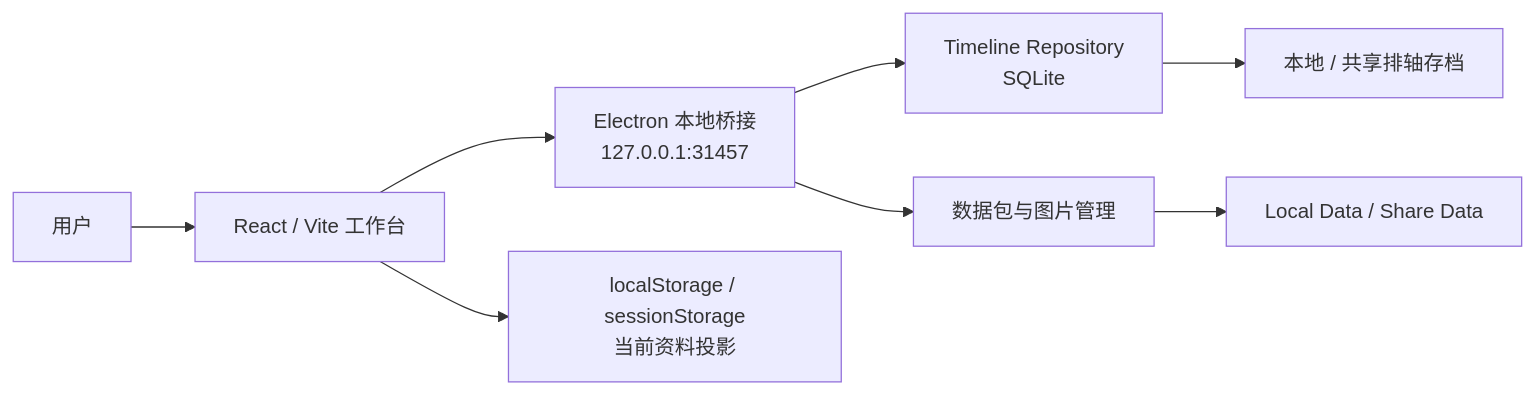
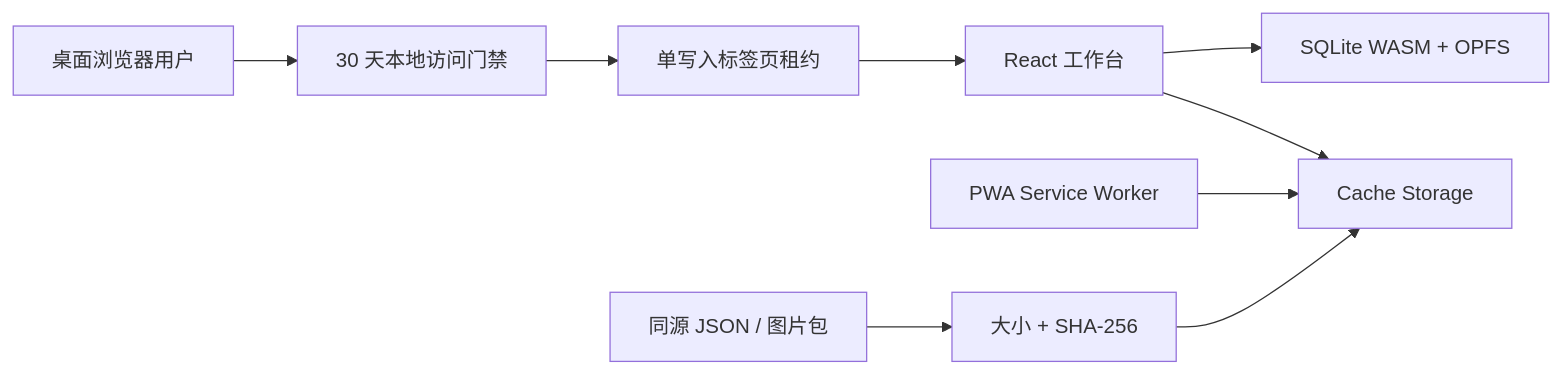
The diagram in docs/architecture/overview.md (Pandluto/dmg-end-field), drawn with Mermaid before and after one commit. The commit also changed other lines of this file and 88 other files, not shown here.

````diff
--- a/docs/architecture/overview.md
+++ b/docs/architecture/overview.md
@@ -7,10 +7,11 @@
 ```mermaid
 flowchart LR
-  User["用户"] --> UI["React / Vite 工作台"]
-  UI --> Bridge["Electron 本地桥接\n127.0.0.1:31457"]
-  Bridge --> Repo["Timeline Repository\nSQLite"]
-  Bridge --> Data["数据包与图片管理"]
-  UI --> Storage["localStorage / sessionStorage\n当前资料投影"]
-  Repo --> Archive["本地 / 共享排轴存档"]
-  Data --> Package["Local Data / Share Data"]
+  User["桌面浏览器用户"] --> Gate["30 天本地访问门禁"]
+  Gate --> Lease["单写入标签页租约"]
+  Lease --> UI["React 工作台"]
+  UI --> DB["SQLite WASM + OPFS"]
+  UI --> Cache["Cache Storage"]
+  SW["PWA Service Worker"] --> Cache
+  Packages["同源 JSON / 图片包"] --> Verify["大小 + SHA-256"]
+  Verify --> Cache
 ```
````
